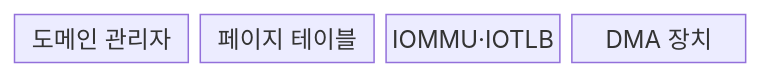
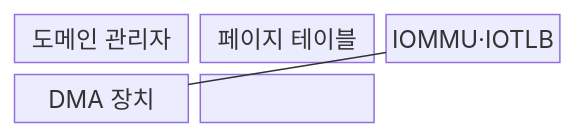
Before and after one commit to agnusdei1207/knowledge-base: the first of 2 diagrams in src/content/docs/notes/02-hardware/086_iommu.md, drawn with Mermaid. The commit also changed other lines of this file and 86 other files, not shown here.

````diff
--- a/src/content/docs/notes/02-hardware/086_iommu.md
+++ b/src/content/docs/notes/02-hardware/086_iommu.md
@@ -60,8 +60,10 @@
 ```mermaid
-block
-  columns 4
+block-beta
+  columns 3
   O["도메인 관리자"]
   T["페이지 테이블"]
   I["IOMMU·IOTLB"]
   D["DMA 장치"]
+  O --- T --- I
+  I --- D
 ```
````
